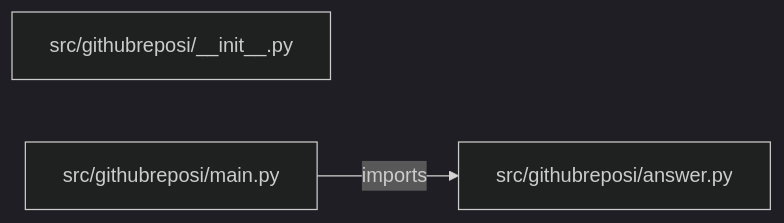
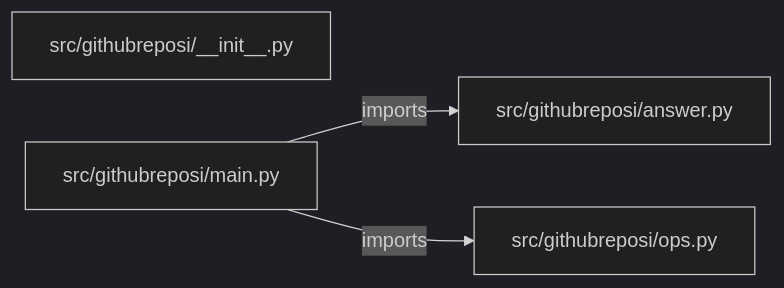
One commit to iarsingh/github-repository-rag-assistant changed the diagram in PROJECT_ARCHITECTURE.md. Above: the diagram before and after it, drawn with Mermaid (dark theme). The commit also changed other lines of this file and 2 other files, not shown here.

Commit message:
Refresh architecture and interview guides from current implementation

````diff
--- a/PROJECT_ARCHITECTURE.md
+++ b/PROJECT_ARCHITECTURE.md
@@ -13,7 +13,9 @@
 ```mermaid
 flowchart LR
     M0["src/githubreposi/__init__.py"]
     M1["src/githubreposi/answer.py"]
     M2["src/githubreposi/main.py"]
+    M3["src/githubreposi/ops.py"]
     M2 -->|imports| M1
+    M2 -->|imports| M3
 ```
````
